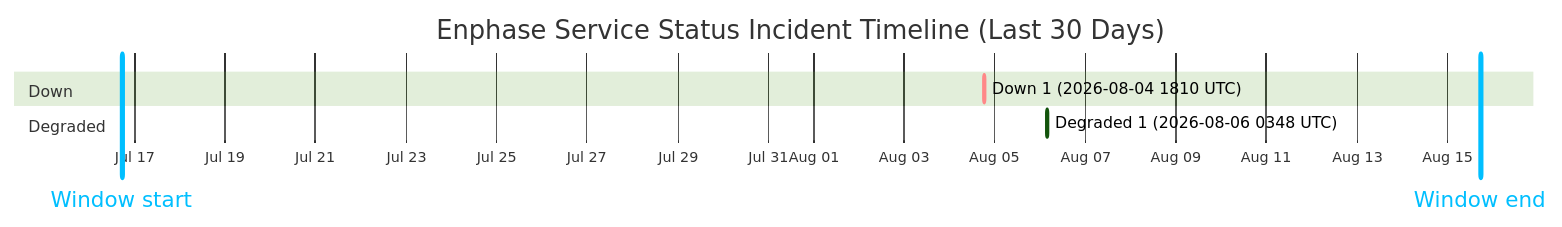
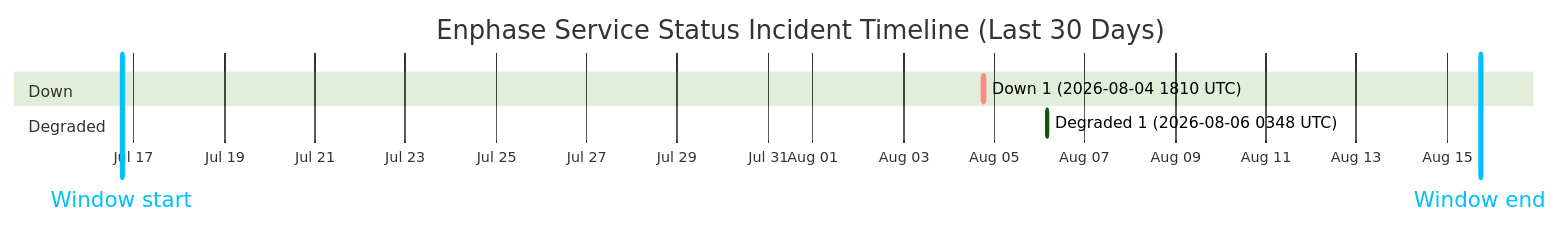
The diagram in wiki/Service-Status-History.md (barneyonline/ha-enphase-energy), drawn with Mermaid (forest theme) before and after one commit. The commit also changed other lines of this file and 3 other files, not shown here.

````diff
--- a/wiki/Service-Status-History.md
+++ b/wiki/Service-Status-History.md
@@ -14,12 +14,12 @@
 ```mermaid
 gantt
     title Enphase Service Status Incident Timeline (Last 30 Days)
     dateFormat  YYYY-MM-DDTHH:mm:ss
     axisFormat  %b %d
-    Window start :vert, window-start, 2026-07-16T17:18:34, 0ms
-    Window end :vert, window-end, 2026-08-15T17:18:34, 0ms
+    Window start :vert, window-start, 2026-07-16T17:44:29, 0ms
+    Window end :vert, window-end, 2026-08-15T17:44:29, 0ms
     section Down
     Down 1 (2026-08-04 1810 UTC) :crit, down-1, 2026-08-04T18:10:46, 60m
     section Degraded
     Degraded 1 (2026-08-06 0348 UTC) :active, degraded-1, 2026-08-06T03:48:14, 60m
 ```
````
